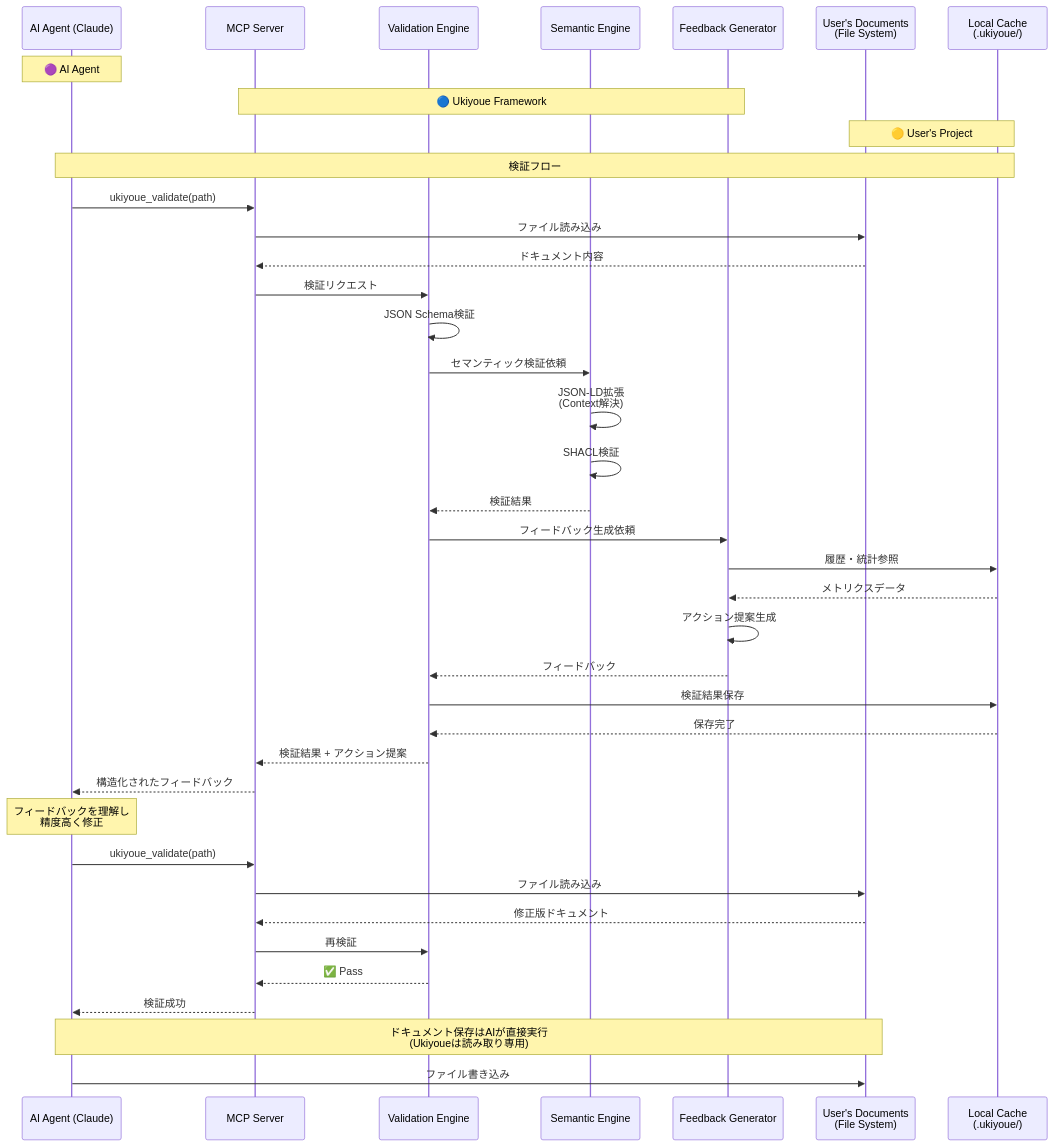
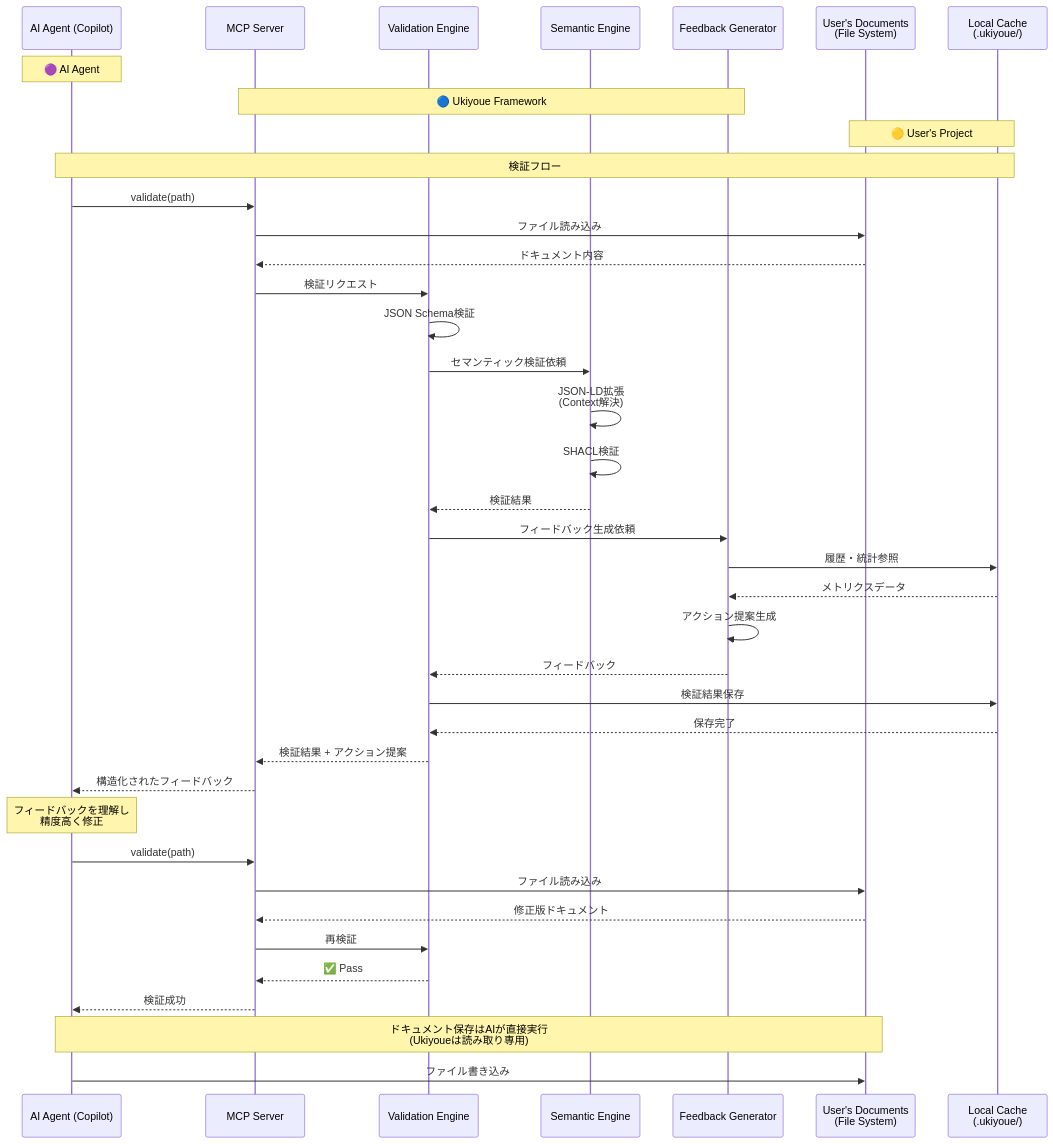
Before and after one commit to mahitotsu/ukiyoue: the second of 2 diagrams in docs/architecture.md, drawn with Mermaid. The commit also changed other lines of this file and 6 other files, not shown here.

````diff
--- a/docs/architecture.md
+++ b/docs/architecture.md
@@ -200,51 +200,51 @@
 ```mermaid
 sequenceDiagram
-    participant AI as AI Agent (Claude)
+    participant AI as AI Agent (Copilot)
     participant MCP as MCP Server
     participant VE as Validation Engine
     participant SE as Semantic Engine
     participant FG as Feedback Generator
     participant UD as User's Documents<br/>(File System)
     participant Cache as Local Cache<br/>(.ukiyoue/)
 
     Note over AI: 🟣 AI Agent
     Note over MCP,FG: 🔵 Ukiyoue Framework
     Note over UD,Cache: 🟡 User's Project
 
     Note over AI,Cache: 検証フロー
 
-    AI->>MCP: ukiyoue_validate(path)
+    AI->>MCP: validate(path)
     MCP->>UD: ファイル読み込み
     UD-->>MCP: ドキュメント内容
     MCP->>VE: 検証リクエスト
 
     VE->>VE: JSON Schema検証
     VE->>SE: セマンティック検証依頼
     SE->>SE: JSON-LD拡張<br/>(Context解決)
     SE->>SE: SHACL検証
     SE-->>VE: 検証結果
 
     VE->>FG: フィードバック生成依頼
     FG->>Cache: 履歴・統計参照
     Cache-->>FG: メトリクスデータ
     FG->>FG: アクション提案生成
     FG-->>VE: フィードバック
 
     VE->>Cache: 検証結果保存
     Cache-->>VE: 保存完了
 
     VE-->>MCP: 検証結果 + アクション提案
     MCP-->>AI: 構造化されたフィードバック
 
     Note over AI: フィードバックを理解し<br/>精度高く修正
 
-    AI->>MCP: ukiyoue_validate(path)
+    AI->>MCP: validate(path)
     MCP->>UD: ファイル読み込み
     UD-->>MCP: 修正版ドキュメント
     MCP->>VE: 再検証
     VE-->>MCP: ✅ Pass
     MCP-->>AI: 検証成功
 
     Note over AI,UD: ドキュメント保存はAIが直接実行<br/>(Ukiyoueは読み取り専用)
     AI->>UD: ファイル書き込み
 ```
````
